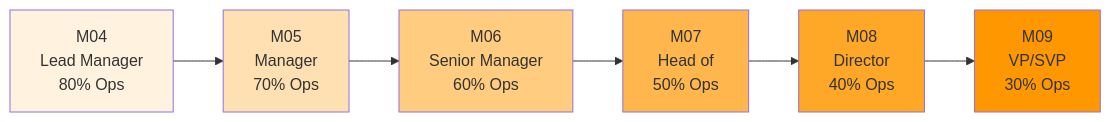
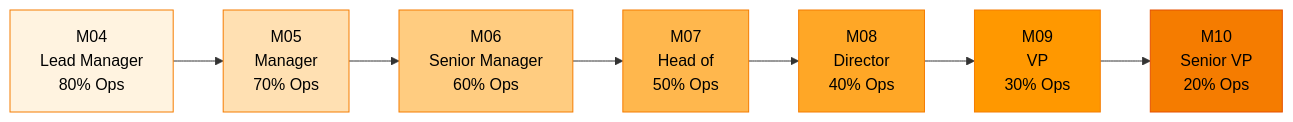
The diagram in docs/en/people/careers/levels-management.md (ultralytics/handbook), drawn with Mermaid before and after one commit. The commit also changed other lines of this file and 5 other files, not shown here.

````diff
--- a/docs/en/people/careers/levels-management.md
+++ b/docs/en/people/careers/levels-management.md
@@ -16,15 +16,23 @@
 ```mermaid
-graph LR
-    M04[M04<br/>Lead Manager<br/>80% Ops] --> M05[M05<br/>Manager<br/>70% Ops]
-    M05 --> M06[M06<br/>Senior Manager<br/>60% Ops]
-    M06 --> M07[M07<br/>Head of<br/>50% Ops]
-    M07 --> M08[M08<br/>Director<br/>40% Ops]
-    M08 --> M09[M09<br/>VP/SVP<br/>30% Ops]
-
-    style M04 fill:#fff3e0
-    style M05 fill:#ffe0b2
-    style M06 fill:#ffcc80
-    style M07 fill:#ffb74d
-    style M08 fill:#ffa726
-    style M09 fill:#ff9800
+flowchart LR
+    M04["M04<br/>Lead Manager<br/>80% Ops"] --> M05["M05<br/>Manager<br/>70% Ops"]
+    M05 --> M06["M06<br/>Senior Manager<br/>60% Ops"]
+    M06 --> M07["M07<br/>Head of<br/>50% Ops"]
+    M07 --> M08["M08<br/>Director<br/>40% Ops"]
+    M08 --> M09["M09<br/>VP<br/>30% Ops"]
+    M09 --> M10["M10<br/>Senior VP<br/>20% Ops"]
+    classDef m04 fill:#fff3e0,stroke:#f57c00,color:#000;
+    classDef m05 fill:#ffe0b2,stroke:#f57c00,color:#000;
+    classDef m06 fill:#ffcc80,stroke:#f57c00,color:#000;
+    classDef m07 fill:#ffb74d,stroke:#f57c00,color:#000;
+    classDef m08 fill:#ffa726,stroke:#f57c00,color:#000;
+    classDef m09 fill:#ff9800,stroke:#f57c00,color:#000;
+    classDef m10 fill:#f57c00,stroke:#e65100,color:#000;
+    class M04 m04;
+    class M05 m05;
+    class M06 m06;
+    class M07 m07;
+    class M08 m08;
+    class M09 m09;
+    class M10 m10;
 ```
````
